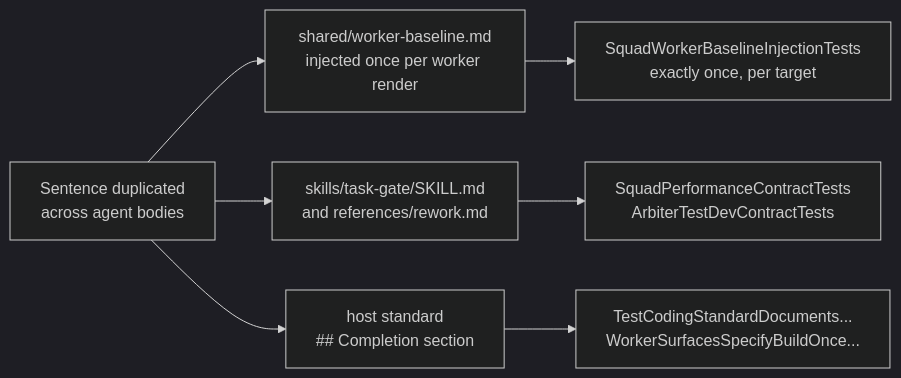
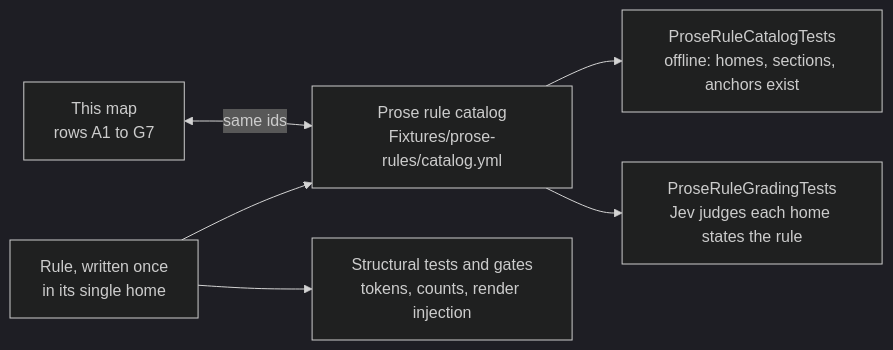
The diagram in docs/kyber-squad/worker-rule-map.md (dpalfery/kyber-weave), drawn with Mermaid (dark theme) before and after one commit. The commit also changed other lines of this file and 8 other files, not shown here.

First line of the commit message:
docs(squad): state the prose-rule test policy and point the rule map at the catalog [claude]

````diff
--- a/docs/kyber-squad/worker-rule-map.md
+++ b/docs/kyber-squad/worker-rule-map.md
@@ -65,9 +65,8 @@
 ```mermaid
 flowchart LR
-    A["Sentence duplicated<br/>across agent bodies"] --> B1["shared/worker-baseline.md<br/>injected once per worker render"]
-    A --> B2["skills/task-gate/SKILL.md<br/>and references/rework.md"]
-    A --> B3["host standard<br/>## Completion section"]
-    B1 --> E1["SquadWorkerBaselineInjectionTests<br/>exactly once, per target"]
-    B2 --> E2["SquadPerformanceContractTests<br/>ArbiterTestDevContractTests"]
-    B3 --> E3["TestCodingStandardDocuments...<br/>WorkerSurfacesSpecifyBuildOnce..."]
+    R["Rule, written once<br/>in its single home"] --> C["Prose rule catalog<br/>Fixtures/prose-rules/catalog.yml"]
+    M["This map<br/>rows A1 to G7"] <-->|same ids| C
+    C --> O["ProseRuleCatalogTests<br/>offline: homes, sections, anchors exist"]
+    C --> G["ProseRuleGradingTests<br/>Jev judges each home states the rule"]
+    R --> S["Structural tests and gates<br/>tokens, counts, render injection"]
 ```
````
